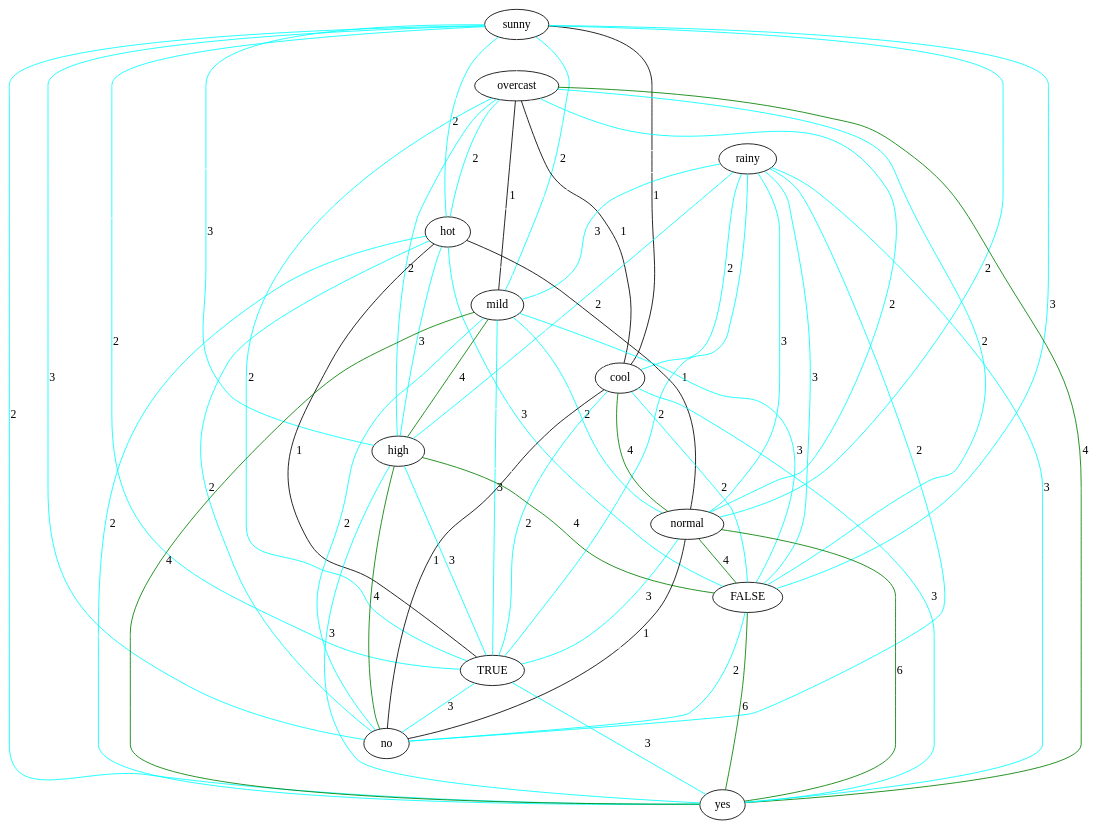
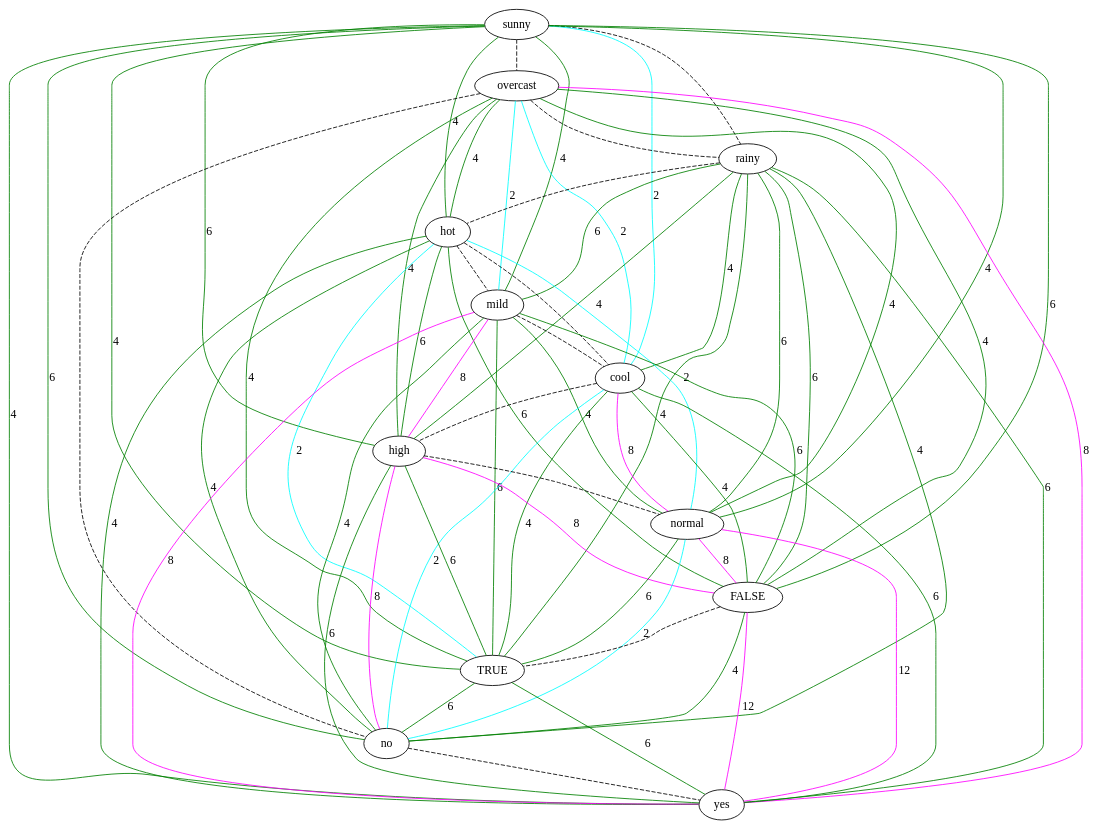
The diagram in src/final/exponentialGraph.dot (lrodrin/TFG), drawn with Graphviz before and after one commit. The commit also changed 9 other files, not shown here.

```diff
--- a/src/final/exponentialGraph.dot
+++ b/src/final/exponentialGraph.dot
@@ -1,80 +1,80 @@
 strict graph "" {
 sunny;
 overcast;
 rainy;
 hot;
 mild;
 cool;
 high;
 normal;
 FALSE;
 TRUE;
 no;
 yes;
-sunny -- overcast  [color=white];
-sunny -- rainy  [color=white];
-sunny -- hot  [color=cyan, label=2];
-sunny -- mild  [color=cyan, label=2];
-sunny -- cool  [color=black, label=1];
-sunny -- high  [color=cyan, label=3];
-sunny -- normal  [color=cyan, label=2];
-sunny -- FALSE  [color=cyan, label=3];
-sunny -- TRUE  [color=cyan, label=2];
-sunny -- no  [color=cyan, label=3];
-sunny -- yes  [color=cyan, label=2];
-overcast -- rainy  [color=white];
-overcast -- hot  [color=cyan, label=2];
-overcast -- mild  [color=black, label=1];
-overcast -- cool  [color=black, label=1];
-overcast -- high  [color=cyan, label=2];
-overcast -- normal  [color=cyan, label=2];
-overcast -- FALSE  [color=cyan, label=2];
-overcast -- TRUE  [color=cyan, label=2];
-overcast -- no  [color=white];
-overcast -- yes  [color=green, label=4];
-rainy -- hot  [color=white];
-rainy -- mild  [color=cyan, label=3];
-rainy -- cool  [color=cyan, label=2];
-rainy -- high  [color=cyan, label=2];
-rainy -- normal  [color=cyan, label=3];
-rainy -- FALSE  [color=cyan, label=3];
-rainy -- TRUE  [color=cyan, label=2];
-rainy -- no  [color=cyan, label=2];
-rainy -- yes  [color=cyan, label=3];
-hot -- mild  [color=white];
-hot -- cool  [color=white];
-hot -- high  [color=cyan, label=3];
-hot -- normal  [color=black, label=1];
-hot -- FALSE  [color=cyan, label=3];
-hot -- TRUE  [color=black, label=1];
-hot -- no  [color=cyan, label=2];
-hot -- yes  [color=cyan, label=2];
-mild -- cool  [color=white];
-mild -- high  [color=green, label=4];
-mild -- normal  [color=cyan, label=2];
-mild -- FALSE  [color=cyan, label=3];
-mild -- TRUE  [color=cyan, label=3];
-mild -- no  [color=cyan, label=2];
-mild -- yes  [color=green, label=4];
-cool -- high  [color=white];
-cool -- normal  [color=green, label=4];
-cool -- FALSE  [color=cyan, label=2];
-cool -- TRUE  [color=cyan, label=2];
-cool -- no  [color=black, label=1];
-cool -- yes  [color=cyan, label=3];
-high -- normal  [color=white];
-high -- FALSE  [color=green, label=4];
-high -- TRUE  [color=cyan, label=3];
-high -- no  [color=green, label=4];
-high -- yes  [color=cyan, label=3];
-normal -- FALSE  [color=green, label=4];
-normal -- TRUE  [color=cyan, label=3];
-normal -- no  [color=black, label=1];
-normal -- yes  [color=green, label=6];
-FALSE -- TRUE  [color=white];
-FALSE -- no  [color=cyan, label=2];
-FALSE -- yes  [color=green, label=6];
-TRUE -- no  [color=cyan, label=3];
-TRUE -- yes  [color=cyan, label=3];
-no -- yes  [color=white];
+sunny -- overcast  [color=black, style=dashed];
+sunny -- rainy  [color=black, style=dashed];
+sunny -- hot  [color=green, label=4, style=solid];
+sunny -- mild  [color=green, label=4, style=solid];
+sunny -- cool  [color=cyan, label=2, style=solid];
+sunny -- high  [color=green, label=6, style=solid];
+sunny -- normal  [color=green, label=4, style=solid];
+sunny -- FALSE  [color=green, label=6, style=solid];
+sunny -- TRUE  [color=green, label=4, style=solid];
+sunny -- no  [color=green, label=6, style=solid];
+sunny -- yes  [color=green, label=4, style=solid];
+overcast -- rainy  [color=black, style=dashed];
+overcast -- hot  [color=green, label=4, style=solid];
+overcast -- mild  [color=cyan, label=2, style=solid];
+overcast -- cool  [color=cyan, label=2, style=solid];
+overcast -- high  [color=green, label=4, style=solid];
+overcast -- normal  [color=green, label=4, style=solid];
+overcast -- FALSE  [color=green, label=4, style=solid];
+overcast -- TRUE  [color=green, label=4, style=solid];
+overcast -- no  [color=black, style=dashed];
+overcast -- yes  [color=magenta, label=8, style=solid];
+rainy -- hot  [color=black, style=dashed];
+rainy -- mild  [color=green, label=6, style=solid];
+rainy -- cool  [color=green, label=4, style=solid];
+rainy -- high  [color=green, label=4, style=solid];
+rainy -- normal  [color=green, label=6, style=solid];
+rainy -- FALSE  [color=green, label=6, style=solid];
+rainy -- TRUE  [color=green, label=4, style=solid];
+rainy -- no  [color=green, label=4, style=solid];
+rainy -- yes  [color=green, label=6, style=solid];
+hot -- mild  [color=black, style=dashed];
+hot -- cool  [color=black, style=dashed];
+hot -- high  [color=green, label=6, style=solid];
+hot -- normal  [color=cyan, label=2, style=solid];
+hot -- FALSE  [color=green, label=6, style=solid];
+hot -- TRUE  [color=cyan, label=2, style=solid];
+hot -- no  [color=green, label=4, style=solid];
+hot -- yes  [color=green, label=4, style=solid];
+mild -- cool  [color=black, style=dashed];
+mild -- high  [color=magenta, label=8, style=solid];
+mild -- normal  [color=green, label=4, style=solid];
+mild -- FALSE  [color=green, label=6, style=solid];
+mild -- TRUE  [color=green, label=6, style=solid];
+mild -- no  [color=green, label=4, style=solid];
+mild -- yes  [color=magenta, label=8, style=solid];
+cool -- high  [color=black, style=dashed];
+cool -- normal  [color=magenta, label=8, style=solid];
+cool -- FALSE  [color=green, label=4, style=solid];
+cool -- TRUE  [color=green, label=4, style=solid];
+cool -- no  [color=cyan, label=2, style=solid];
+cool -- yes  [color=green, label=6, style=solid];
+high -- normal  [color=black, style=dashed];
+high -- FALSE  [color=magenta, label=8, style=solid];
+high -- TRUE  [color=green, label=6, style=solid];
+high -- no  [color=magenta, label=8, style=solid];
+high -- yes  [color=green, label=6, style=solid];
+normal -- FALSE  [color=magenta, label=8, style=solid];
+normal -- TRUE  [color=green, label=6, style=solid];
+normal -- no  [color=cyan, label=2, style=solid];
+normal -- yes  [color=magenta, label=12, style=solid];
+FALSE -- TRUE  [color=black, style=dashed];
+FALSE -- no  [color=green, label=4, style=solid];
+FALSE -- yes  [color=magenta, label=12, style=solid];
+TRUE -- no  [color=green, label=6, style=solid];
+TRUE -- yes  [color=green, label=6, style=solid];
+no -- yes  [color=black, style=dashed];
 }
```
